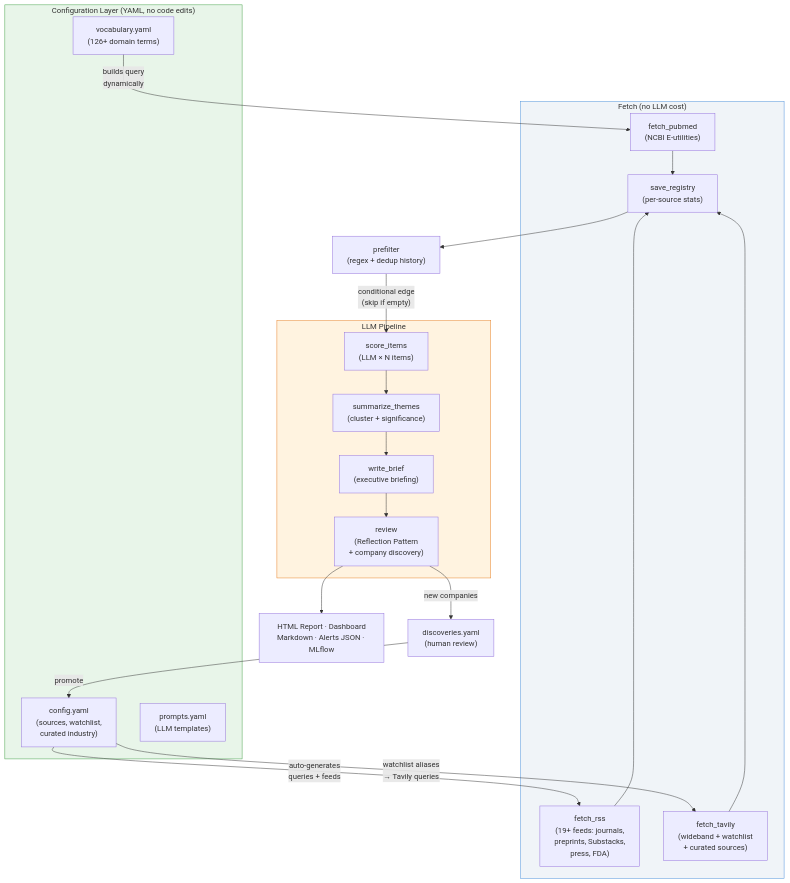
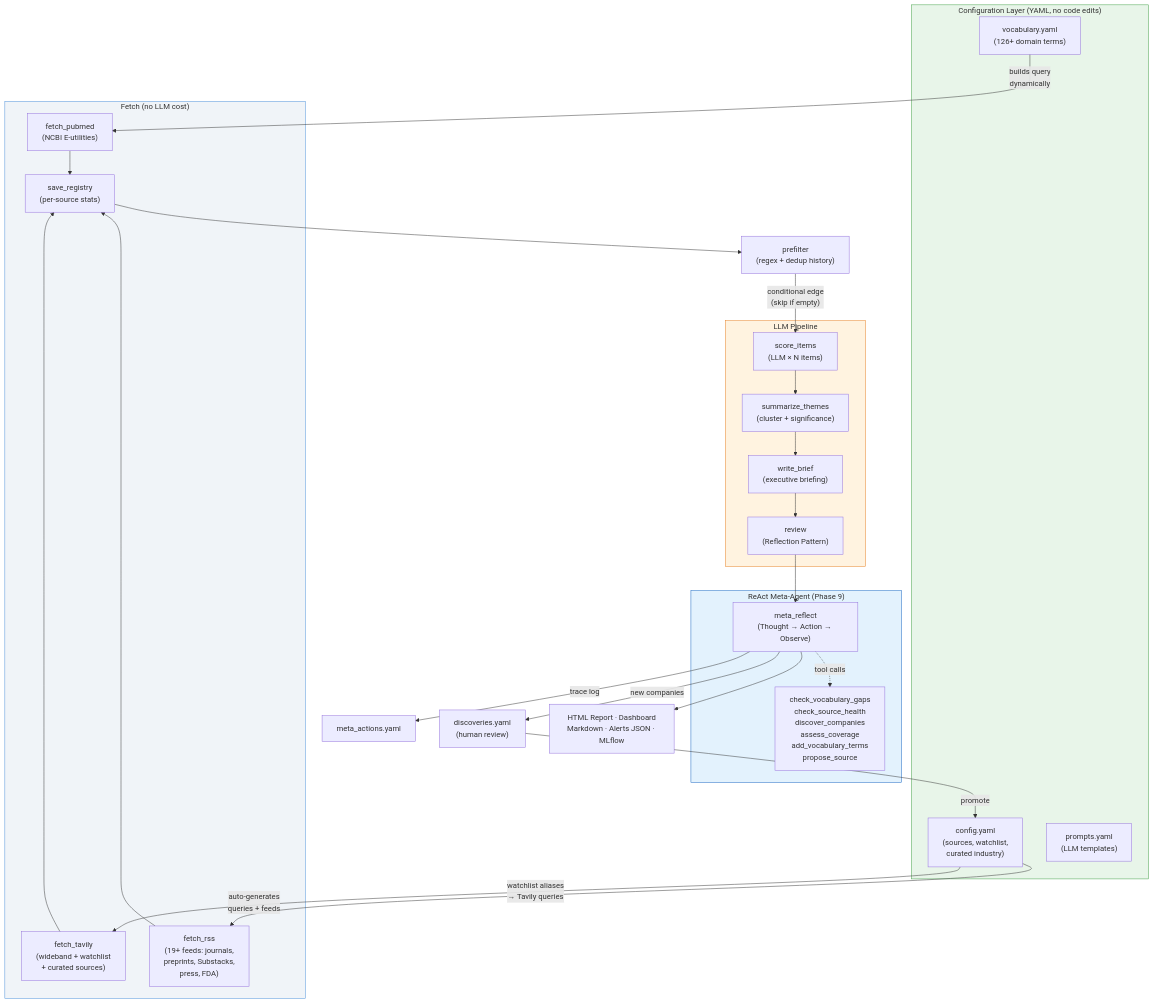
One commit to kgrajski/neurotech_newshound changed the first of 2 diagrams in README.md. Above: the diagram before and after it, drawn with Mermaid. The commit also changed other lines of this file, not shown here.

First line of the commit message:
Update README for Phase 9 agentic meta-layer

````diff
--- a/README.md
+++ b/README.md
@@ -59,37 +61,45 @@
 ```mermaid
 flowchart TD
     subgraph config ["Configuration Layer (YAML, no code edits)"]
         V["vocabulary.yaml<br>(126+ domain terms)"]
         W["config.yaml<br>(sources, watchlist,<br>curated industry)"]
         P["prompts.yaml<br>(LLM templates)"]
     end
 
     V -->|"builds query<br>dynamically"| A
     W -->|"auto-generates<br>queries + feeds"| B
     W -->|"watchlist aliases<br>→ Tavily queries"| C
 
     subgraph fetch ["Fetch (no LLM cost)"]
         A["fetch_pubmed<br>(NCBI E-utilities)"] --> D["save_registry<br>(per-source stats)"]
         B["fetch_rss<br>(19+ feeds: journals,<br>preprints, Substacks,<br>press, FDA)"] --> D
         C["fetch_tavily<br>(wideband + watchlist<br>+ curated sources)"] --> D
     end
 
     D --> E["prefilter<br>(regex + dedup history)"]
 
     E -->|"conditional edge<br>(skip if empty)"| F
 
     subgraph llm ["LLM Pipeline"]
         F["score_items<br>(LLM × N items)"] --> G["summarize_themes<br>(cluster + significance)"]
         G --> H["write_brief<br>(executive briefing)"]
-        H --> I["review<br>(Reflection Pattern<br>+ company discovery)"]
+        H --> I["review<br>(Reflection Pattern)"]
     end
 
-    I --> J["HTML Report · Dashboard<br>Markdown · Alerts JSON · MLflow"]
+    I --> M
 
-    I -->|"new companies"| K["discoveries.yaml<br>(human review)"]
+    subgraph react ["ReAct Meta-Agent (Phase 9)"]
+        M["meta_reflect<br>(Thought → Action → Observe)"]
+        M -.->|"tool calls"| MT["check_vocabulary_gaps<br>check_source_health<br>discover_companies<br>assess_coverage<br>add_vocabulary_terms<br>propose_source"]
+    end
+
+    M --> J["HTML Report · Dashboard<br>Markdown · Alerts JSON · MLflow"]
+    M -->|"new companies"| K["discoveries.yaml<br>(human review)"]
+    M -->|"trace log"| MA["meta_actions.yaml"]
     K -->|"promote"| W
 
     style config fill:#e8f5e9,stroke:#43a047
     style fetch fill:#f0f4f8,stroke:#4a90d9
     style llm fill:#fff3e0,stroke:#e67e22
+    style react fill:#e3f2fd,stroke:#1565c0
 ```
````
